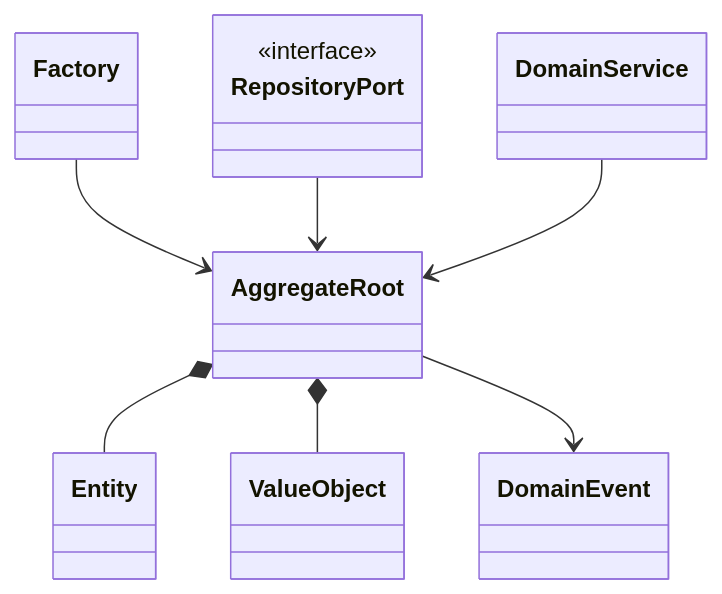
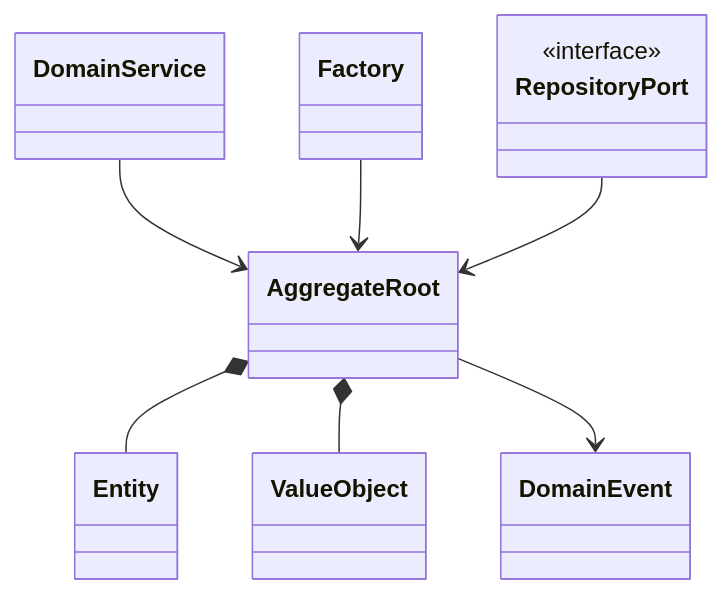
One commit to 369sup/worksync-hr changed the diagram in docs/01-architecture/tactical-design.md. Above: the diagram before and after it, drawn with Mermaid. The commit also changed other lines of this file and 39 other files, not shown here.

Commit message:
docs: strengthen architecture and process docs

````diff
--- a/docs/01-architecture/tactical-design.md
+++ b/docs/01-architecture/tactical-design.md
@@ -7,19 +7,19 @@
 ```mermaid
 classDiagram
   class AggregateRoot
   class Entity
   class ValueObject
   class DomainService
   class DomainEvent
   class Factory
   class RepositoryPort {
     <<interface>>
   }
 
   AggregateRoot *-- Entity
   AggregateRoot *-- ValueObject
   AggregateRoot --> DomainEvent
+  DomainService --> AggregateRoot
   Factory --> AggregateRoot
   RepositoryPort --> AggregateRoot
-  DomainService --> AggregateRoot
 ```
````
